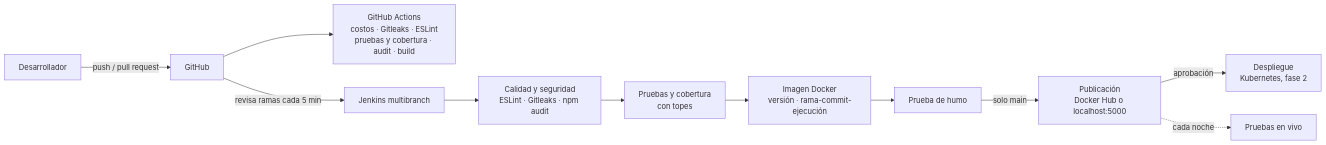
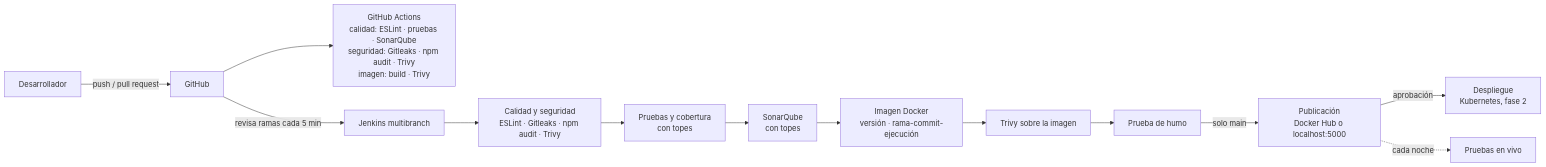
The diagram in README.md (Wilee21/lab-cicd), drawn with Mermaid before and after one commit. The commit also changed other lines of this file and 7 other files, not shown here.

Commit message:
Documentación: SonarQube, Trivy, cambios frente a la arquitectura y demostración de la vulnerabilidad intencional

````diff
--- a/README.md
+++ b/README.md
@@ -22,13 +22,15 @@
 ```mermaid
 flowchart LR
   dev[Desarrollador] -->|push / pull request| gh[GitHub]
-  gh --> ci[GitHub Actions<br/>costos · Gitleaks · ESLint<br/>pruebas y cobertura · audit · build]
+  gh --> ci[GitHub Actions<br/>calidad: ESLint · pruebas · SonarQube<br/>seguridad: Gitleaks · npm audit · Trivy<br/>imagen: build · Trivy]
   gh -->|revisa ramas cada 5 min| jk[Jenkins multibranch]
-  jk --> q[Calidad y seguridad<br/>ESLint · Gitleaks · npm audit]
+  jk --> q[Calidad y seguridad<br/>ESLint · Gitleaks · npm audit · Trivy]
   q --> t[Pruebas y cobertura<br/>con topes]
-  t --> b[Imagen Docker<br/>versión · rama-commit-ejecución]
-  b --> h[Prueba de humo]
+  t --> s[SonarQube<br/>con topes]
+  s --> b[Imagen Docker<br/>versión · rama-commit-ejecución]
+  b --> tv[Trivy sobre la imagen]
+  tv --> h[Prueba de humo]
   h -->|solo main| p[Publicación<br/>Docker Hub o localhost:5000]
   p -->|aprobación| d[Despliegue<br/>Kubernetes, fase 2]
   p -.->|cada noche| v[Pruebas en vivo]
 ```
````
